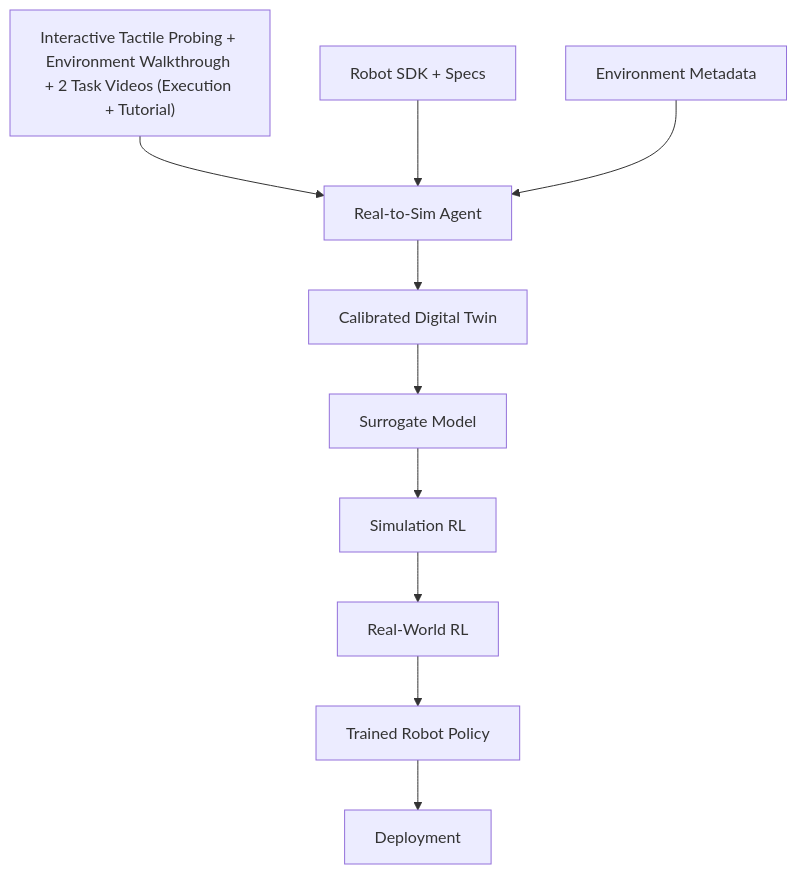
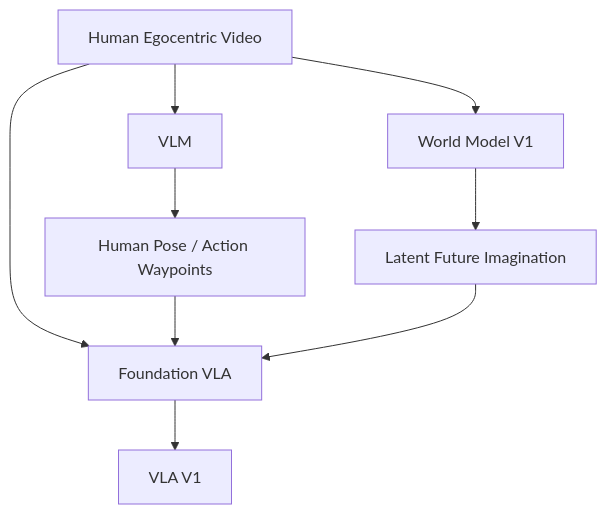
The third of 15 diagrams in docs/specs/post-demo/lunch_robotics.md (Freelunch-AI/freelunch-ide), drawn with Mermaid before and after one commit. The commit also changed other lines of this file, not shown here.

````diff
--- a/docs/specs/post-demo/lunch_robotics.md
+++ b/docs/specs/post-demo/lunch_robotics.md
@@ -28,13 +165,14 @@
 ```mermaid
 flowchart TD
-    A["Interactive Tactile Probing + Environment Walkthrough + 2 Task Videos (Execution + Tutorial)"] --> D["Real-to-Sim Agent"]
-    B["Robot SDK + Specs"] --> D
-    C["Environment Metadata"] --> D
+    A["Human Egocentric Video"] --> B["VLM"]
+    B --> C["Human Pose / Action Waypoints"]
 
-    D --> E["Calibrated Digital Twin"]
-    E --> F["Surrogate Model"]
-    F --> G["Simulation RL"]
-    G --> H["Real-World RL"]
-    H --> I["Trained Robot Policy"]
-    I --> J["Deployment"]
+    A --> D["World Model V1"]
+    D --> E["Latent Future Imagination"]
+
+    A --> F["Foundation VLA"]
+    C --> F
+    E --> F
+
+    F --> G["VLA V1"]
 ```
````
